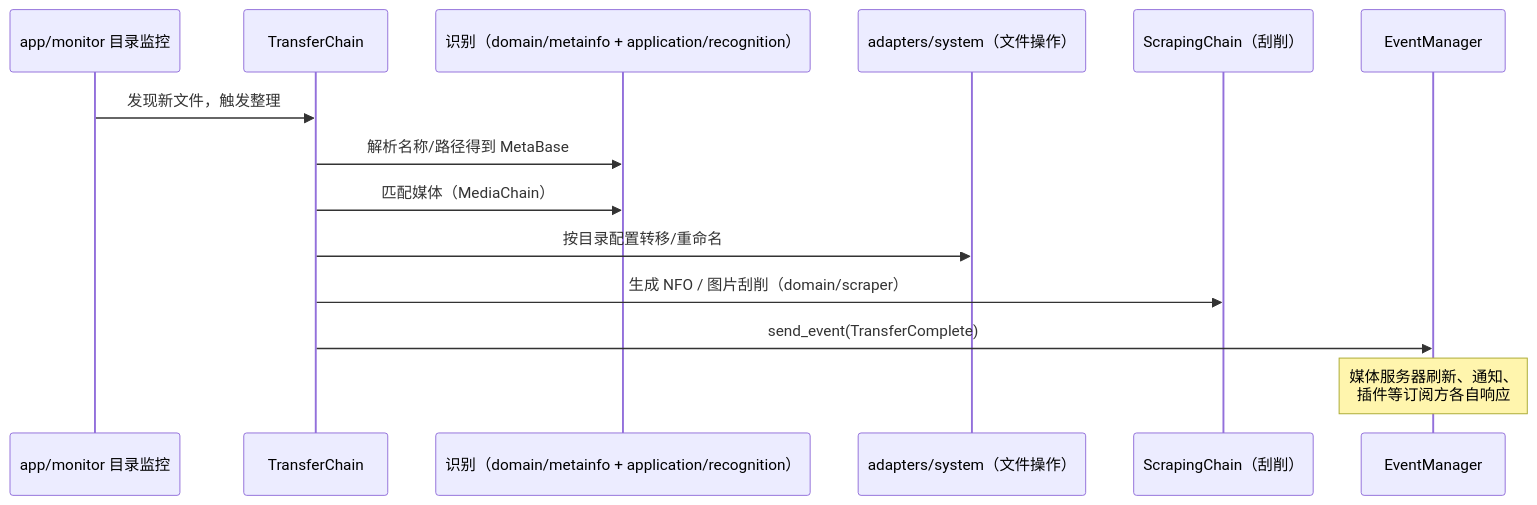
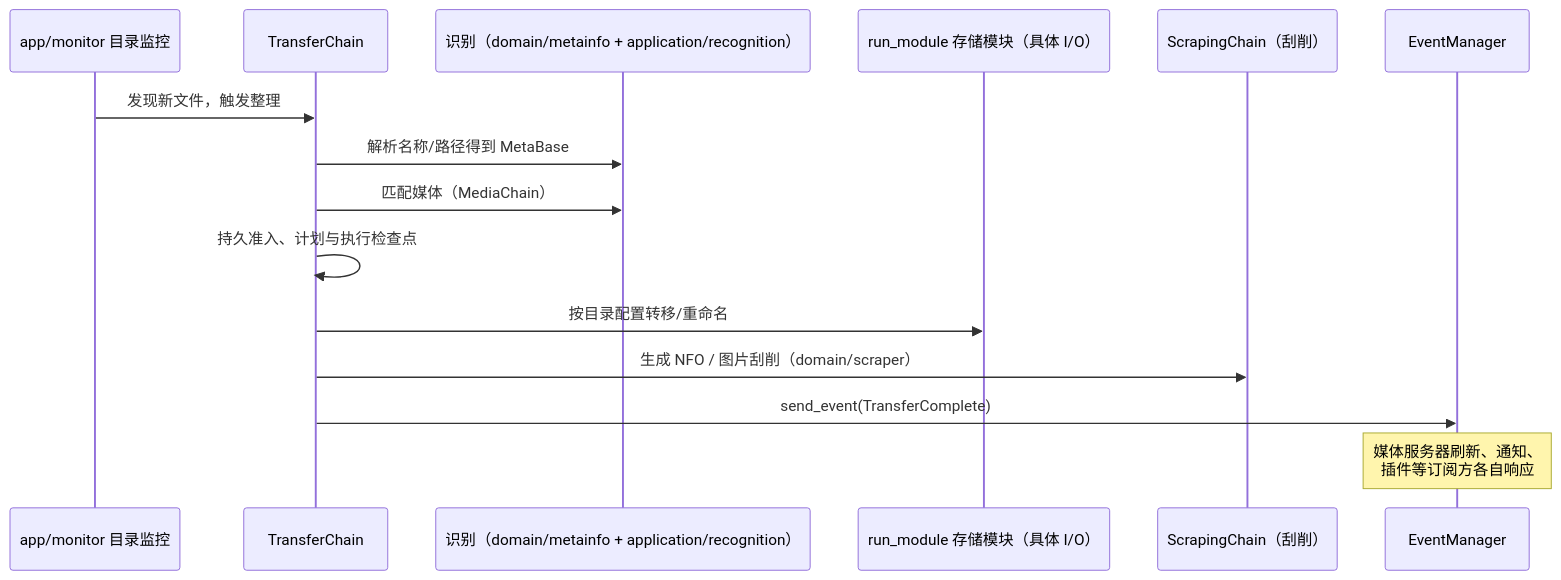
The tenth of 14 diagrams in docs/architecture-overview.md (jxxghp/MoviePilot), drawn with Mermaid before and after one commit. The commit also changed other lines of this file, not shown here.

Commit message:
docs: refresh backend architecture overview

````diff
--- a/docs/architecture-overview.md
+++ b/docs/architecture-overview.md
@@ -546,17 +559,18 @@
 ```mermaid
 sequenceDiagram
     participant W as app/monitor 目录监控
     participant T as TransferChain
     participant R as 识别（domain/metainfo + application/recognition）
-    participant FS as adapters/system（文件操作）
+    participant FS as run_module 存储模块（具体 I/O）
     participant SC as ScrapingChain（刮削）
     participant EM as EventManager
 
     W->>T: 发现新文件，触发整理
     T->>R: 解析名称/路径得到 MetaBase
     T->>R: 匹配媒体（MediaChain）
+    T->>T: 持久准入、计划与执行检查点
     T->>FS: 按目录配置转移/重命名
     T->>SC: 生成 NFO / 图片刮削（domain/scraper）
     T->>EM: send_event(TransferComplete)
     Note over EM: 媒体服务器刷新、通知、<br/>插件等订阅方各自响应
 ```
````
